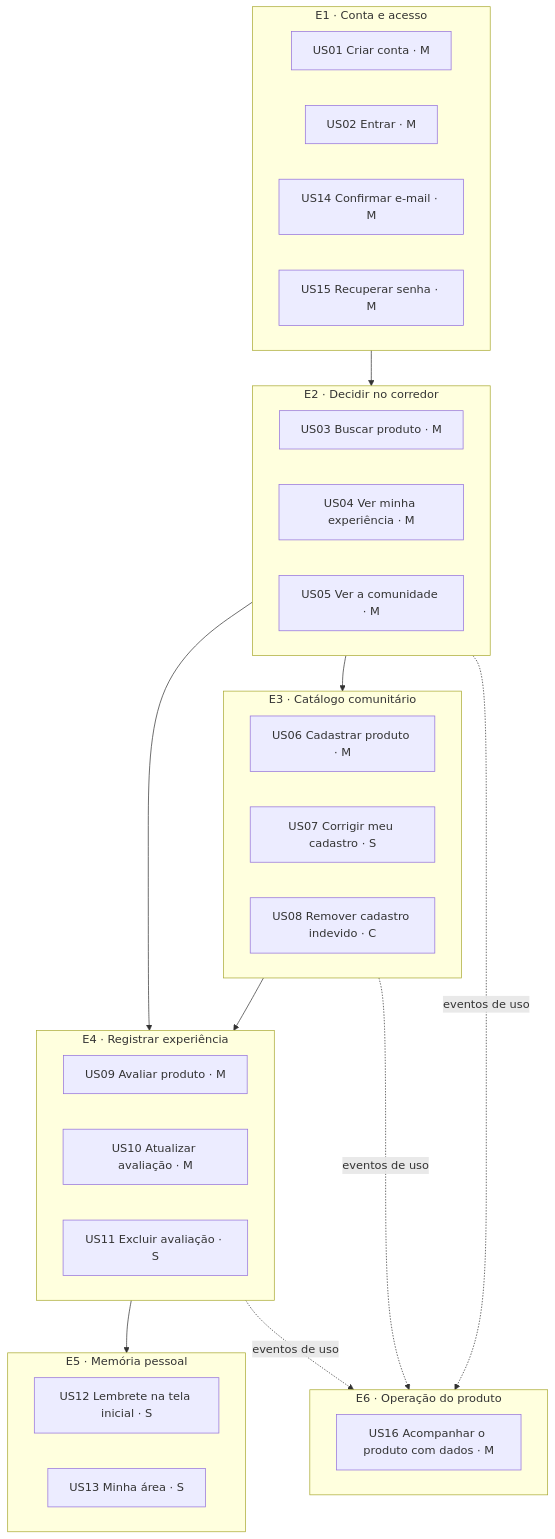
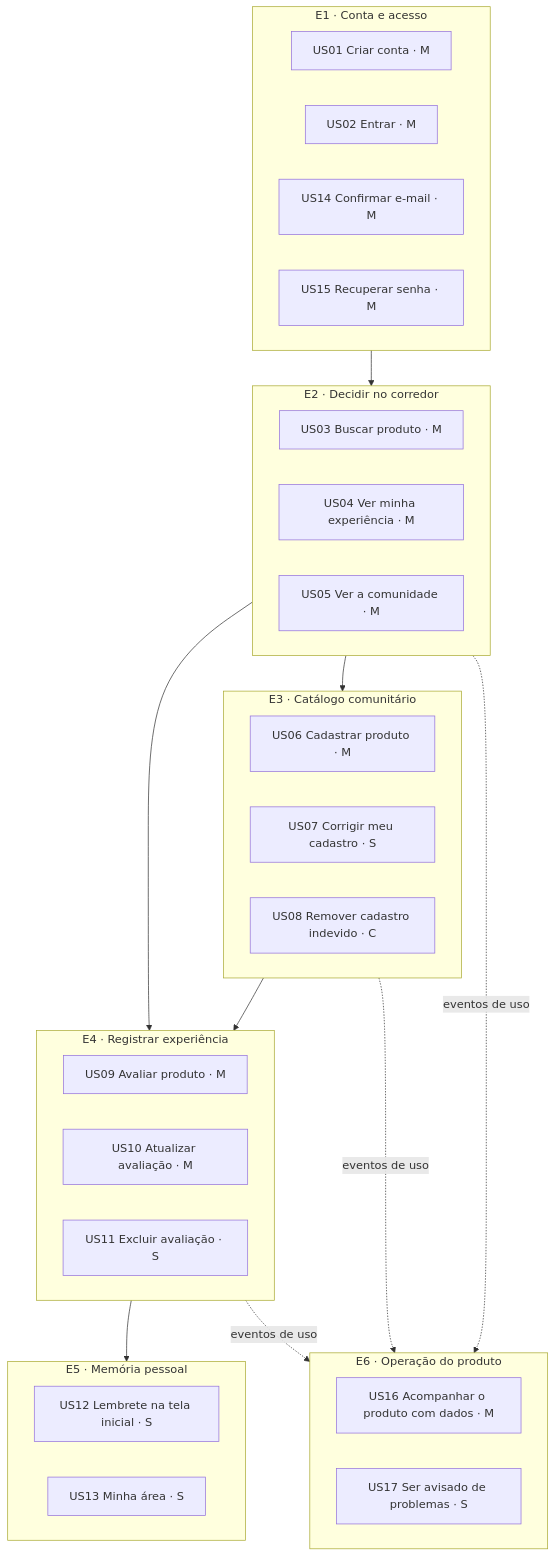
The diagram in docs/historias-usuario.md (vsys-val/fastapi-merchant-app), drawn with Mermaid before and after one commit. The commit also changed other lines of this file and 12 other files, not shown here.

````diff
--- a/docs/historias-usuario.md
+++ b/docs/historias-usuario.md
@@ -9,34 +9,35 @@
 ```mermaid
 flowchart TB
   subgraph E1[E1 · Conta e acesso]
     US01[US01 Criar conta · M]
     US02[US02 Entrar · M]
     US14[US14 Confirmar e-mail · M]
     US15[US15 Recuperar senha · M]
   end
   subgraph E2[E2 · Decidir no corredor]
     US03[US03 Buscar produto · M]
     US04[US04 Ver minha experiência · M]
     US05[US05 Ver a comunidade · M]
   end
   subgraph E3[E3 · Catálogo comunitário]
     US06[US06 Cadastrar produto · M]
     US07[US07 Corrigir meu cadastro · S]
     US08[US08 Remover cadastro indevido · C]
   end
   subgraph E4[E4 · Registrar experiência]
     US09[US09 Avaliar produto · M]
     US10[US10 Atualizar avaliação · M]
     US11[US11 Excluir avaliação · S]
   end
   subgraph E5[E5 · Memória pessoal]
     US12[US12 Lembrete na tela inicial · S]
     US13[US13 Minha área · S]
   end
   subgraph E6[E6 · Operação do produto]
     US16[US16 Acompanhar o produto com dados · M]
+    US17[US17 Ser avisado de problemas · S]
   end
   E1 --> E2 --> E4 --> E5
   E2 --> E3 --> E4
   E2 & E3 & E4 -. eventos de uso .-> E6
 ```
````
